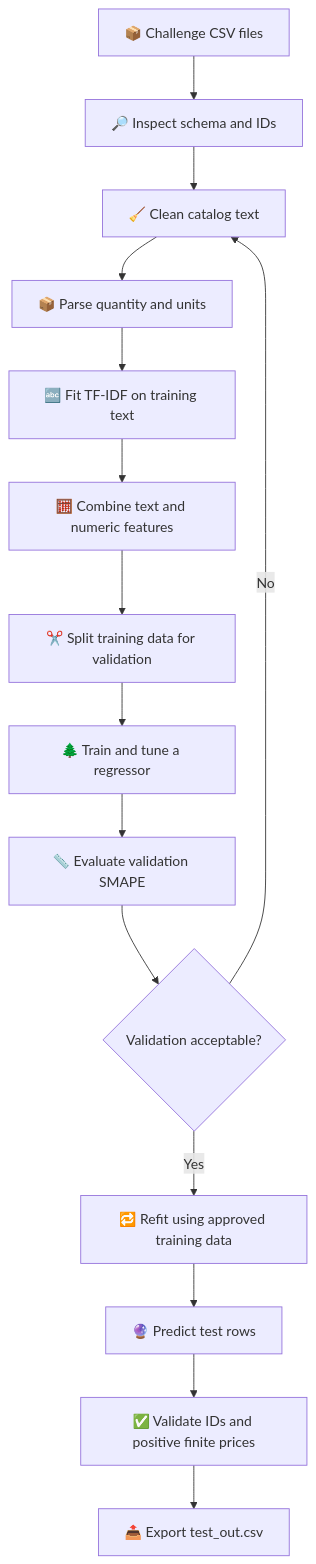
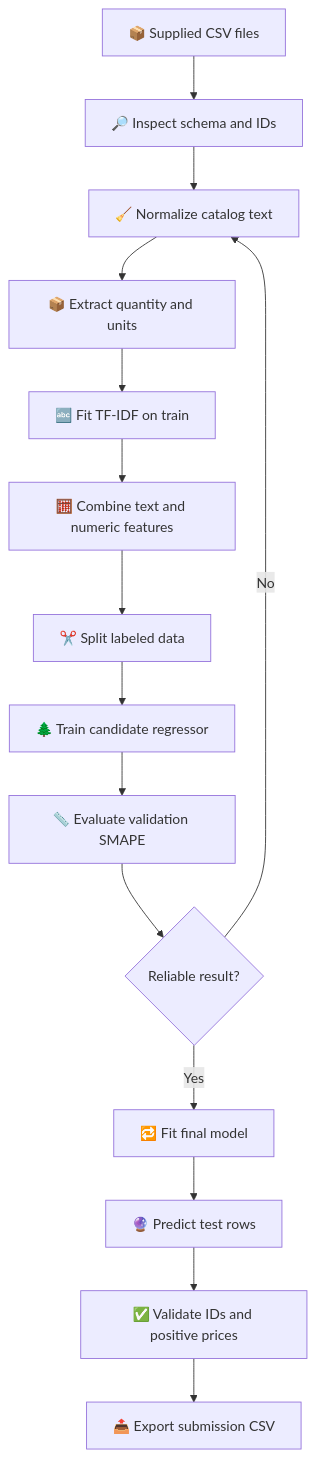
Before and after one commit to Brajesh31/AmazonML-Hackathon: the diagram in README.md, drawn with Mermaid. The commit also changed other lines of this file, not shown here.

````diff
--- a/README.md
+++ b/README.md
@@ -74,17 +68,17 @@
 ```mermaid
 flowchart TD
-    A[📦 Challenge CSV files] --> B[🔎 Inspect schema and IDs]
-    B --> C[🧹 Clean catalog text]
-    C --> D[📦 Parse quantity and units]
-    D --> E[🔤 Fit TF-IDF on training text]
+    A[📦 Supplied CSV files] --> B[🔎 Inspect schema and IDs]
+    B --> C[🧹 Normalize catalog text]
+    C --> D[📦 Extract quantity and units]
+    D --> E[🔤 Fit TF-IDF on train]
     E --> F[🧮 Combine text and numeric features]
-    F --> G[✂️ Split training data for validation]
-    G --> H[🌲 Train and tune a regressor]
+    F --> G[✂️ Split labeled data]
+    G --> H[🌲 Train candidate regressor]
     H --> I[📏 Evaluate validation SMAPE]
-    I --> J{Validation acceptable?}
+    I --> J{Reliable result?}
     J -- No --> C
-    J -- Yes --> K[🔁 Refit using approved training data]
+    J -- Yes --> K[🔁 Fit final model]
     K --> L[🔮 Predict test rows]
-    L --> M[✅ Validate IDs and positive finite prices]
-    M --> N[📤 Export test_out.csv]
+    L --> M[✅ Validate IDs and positive prices]
+    M --> N[📤 Export submission CSV]
 ```
````
